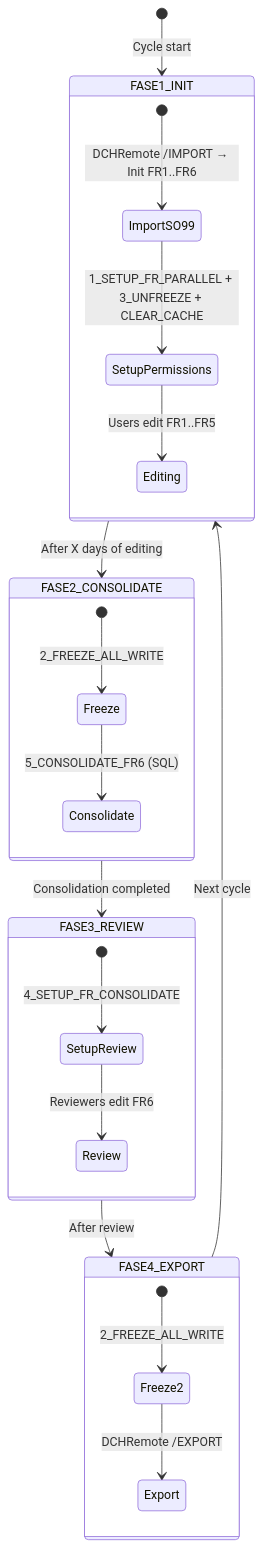
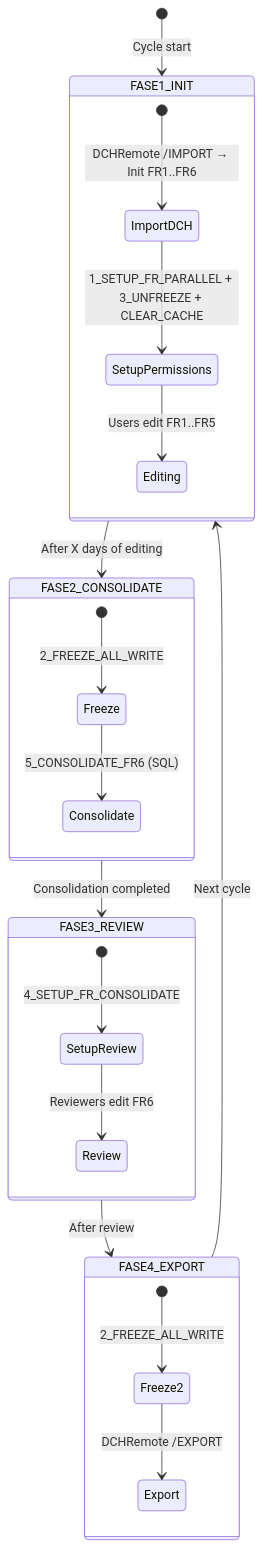
Before and after one commit to dserranotools/DCH_Implementations: the second of 3 diagrams in Docs/Dr Schaer/DCH-Workflow/en/DCH_MultiFR_Parallel_Workflow_1_Main_en.md, drawn with Mermaid. The commit also changed other lines of this file and 2 other files, not shown here.

Commit message:
Update DCH Multi-FR documentation: correct import command and enhance file copy instructions

````diff
--- a/Docs/Dr Schaer/DCH-Workflow/en/DCH_MultiFR_Parallel_Workflow_1_Main_en.md
+++ b/Docs/Dr Schaer/DCH-Workflow/en/DCH_MultiFR_Parallel_Workflow_1_Main_en.md
@@ -132,30 +132,30 @@
 ```mermaid
 stateDiagram-v2
     [*] --> FASE1_INIT: Cycle start
     
     state FASE1_INIT {
-        [*] --> ImportSO99: DCHRemote /IMPORT → Init FR1..FR6
-        ImportSO99 --> SetupPermissions: 1_SETUP_FR_PARALLEL + 3_UNFREEZE + CLEAR_CACHE
+        [*] --> ImportDCH: DCHRemote /IMPORT → Init FR1..FR6
+        ImportDCH --> SetupPermissions: 1_SETUP_FR_PARALLEL + 3_UNFREEZE + CLEAR_CACHE
         SetupPermissions --> Editing: Users edit FR1..FR5
     }
     
     state FASE2_CONSOLIDATE {
         [*] --> Freeze: 2_FREEZE_ALL_WRITE
         Freeze --> Consolidate: 5_CONSOLIDATE_FR6 (SQL)
     }
     
     state FASE3_REVIEW {
         [*] --> SetupReview: 4_SETUP_FR_CONSOLIDATE
         SetupReview --> Review: Reviewers edit FR6
     }
     
     state FASE4_EXPORT {
         [*] --> Freeze2: 2_FREEZE_ALL_WRITE
         Freeze2 --> Export: DCHRemote /EXPORT
     }
     
     FASE1_INIT --> FASE2_CONSOLIDATE: After X days of editing
     FASE2_CONSOLIDATE --> FASE3_REVIEW: Consolidation completed
     FASE3_REVIEW --> FASE4_EXPORT: After review
     FASE4_EXPORT --> FASE1_INIT: Next cycle
 ```
````
